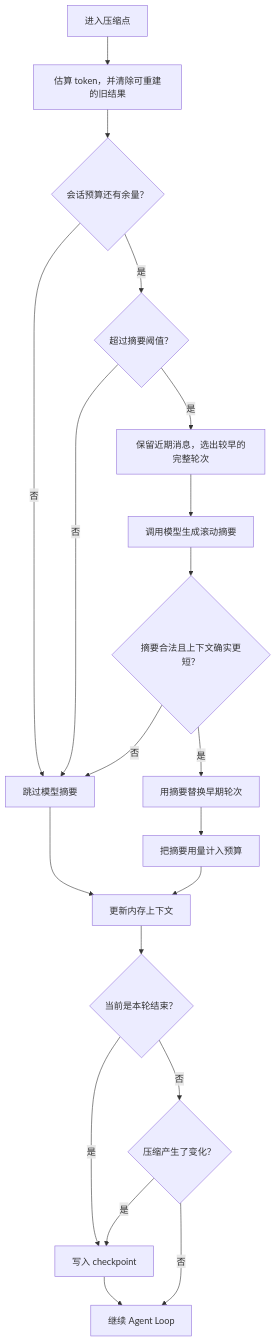
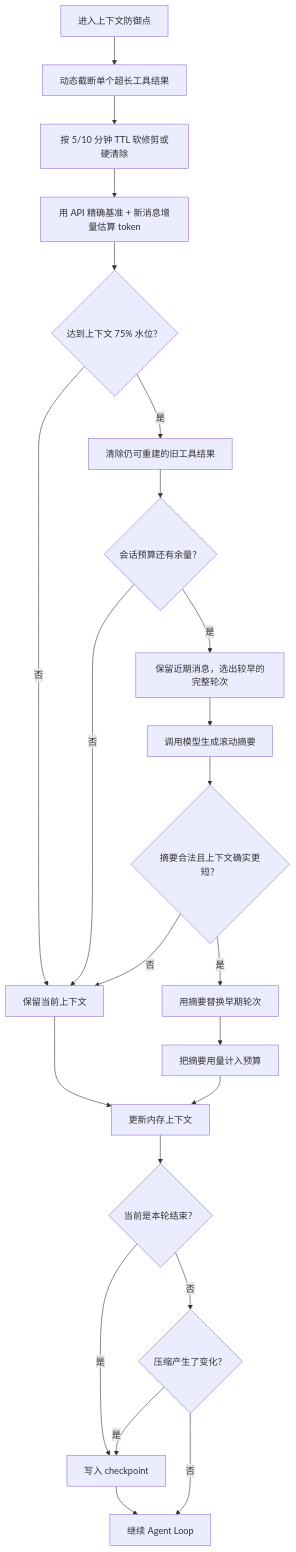
Before and after one commit to caosiwei97/super-agent: the fifth of 6 diagrams in README.md, drawn with Mermaid. The commit also changed other lines of this file and 16 other files, not shown here.

First line of the commit message:
refactor: 将 budget 重命名为 tokenCost 以消除语义歧义

````diff
--- a/README.md
+++ b/README.md
@@ -181,22 +181,25 @@
 ```mermaid
 flowchart TD
-    Trigger["进入压缩点"] --> Micro["估算 token，并清除可重建的旧结果"]
+    Trigger["进入上下文防御点"] --> Truncate["动态截断单个超长工具结果"]
+    Truncate --> TTL["按 5/10 分钟 TTL 软修剪或硬清除"]
+    TTL --> Estimate["用 API 精确基准 + 新消息增量估算 token"]
+    Estimate --> Threshold{"达到上下文 75% 水位？"}
+    Threshold -->|否| Keep["保留当前上下文"]
+    Threshold -->|是| Micro["清除仍可重建的旧工具结果"]
     Micro --> Budget{"会话预算还有余量？"}
-    Budget -->|否| Keep["跳过模型摘要"]
-    Budget -->|是| Threshold{"超过摘要阈值？"}
-    Threshold -->|否| Keep
-    Threshold -->|是| Split["保留近期消息，选出较早的完整轮次"]
+    Budget -->|否| Keep
+    Budget -->|是| Split["保留近期消息，选出较早的完整轮次"]
     Split --> Summary["调用模型生成滚动摘要"]
     Summary --> Valid{"摘要合法且上下文确实更短？"}
     Valid -->|否| Keep
     Valid -->|是| Replace["用摘要替换早期轮次"]
     Keep --> Memory["更新内存上下文"]
     Replace --> Charge["把摘要用量计入预算"]
     Charge --> Memory
     Memory --> Final{"当前是本轮结束？"}
     Final -->|是| Save["写入 checkpoint"]
     Final -->|否| Persist{"压缩产生了变化？"}
     Persist -->|是| Save
     Persist -->|否| Done["继续 Agent Loop"]
     Save --> Done
 ```
````
